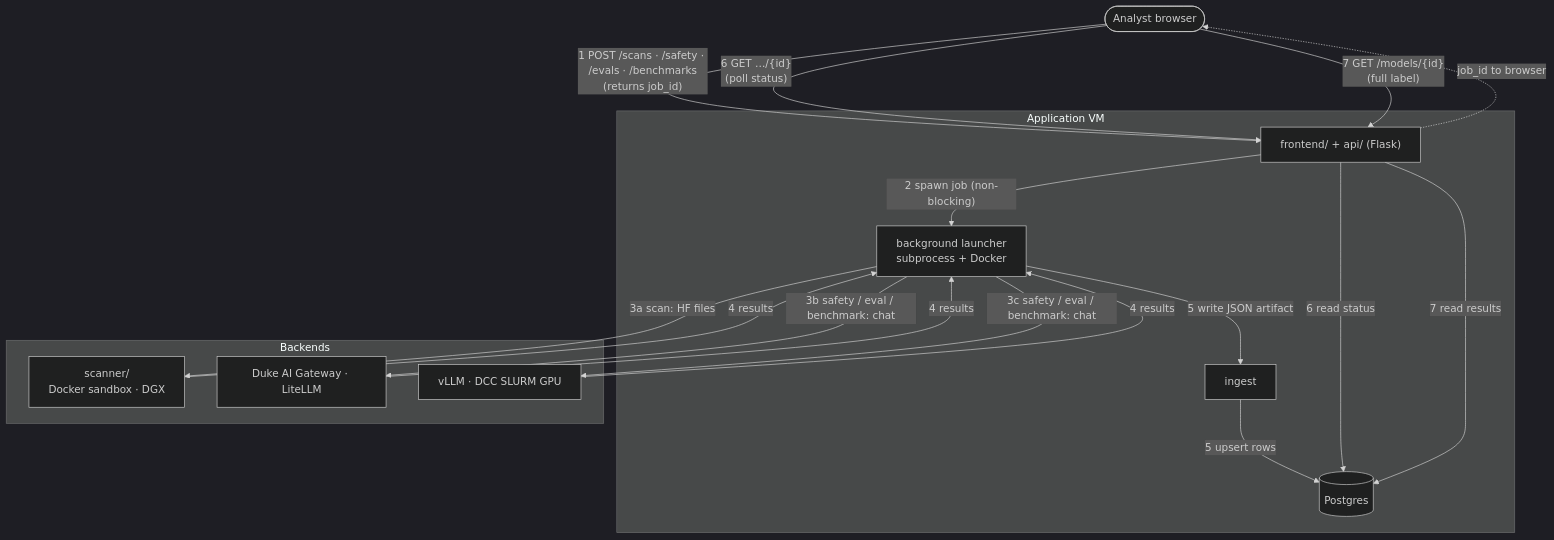
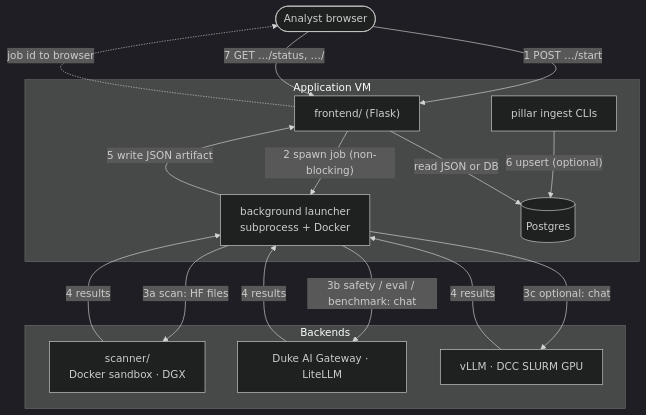
One commit to evelindsayyy/security-and-qa-for-ai-models changed the diagram in docs/architecture.md. Above: the diagram before and after it, drawn with Mermaid (dark theme). The commit also changed other lines of this file and 17 other files, not shown here.

Commit message:
Add benchmarks/db persistence and api.ingest for all pillars

````diff
--- a/docs/architecture.md
+++ b/docs/architecture.md
@@ -22,31 +26,29 @@
 ```mermaid
 flowchart TB
   A([Analyst browser])
 
   subgraph VM["Application VM"]
-    FE["frontend/ + api/ (Flask)"]
+    FE["frontend/ (Flask)"]
     LAUNCH["background launcher<br/>subprocess + Docker"]
-    ING["ingest"]
+    ING["pillar ingest CLIs"]
     DB[("Postgres")]
   end
 
   subgraph BK["Backends"]
     SC["scanner/<br/>Docker sandbox · DGX"]
     GW["Duke AI Gateway · LiteLLM"]
     DC["vLLM · DCC SLURM GPU"]
   end
 
-  A -->|"1 POST /scans · /safety · /evals · /benchmarks<br/>(returns job_id)"| FE
+  A -->|"1 POST …/start"| FE
   FE -->|"2 spawn job (non-blocking)"| LAUNCH
-  FE -.->|"job_id to browser"| A
+  FE -.->|"job id to browser"| A
   LAUNCH -->|"3a scan: HF files"| SC
   LAUNCH -->|"3b safety / eval / benchmark: chat"| GW
-  LAUNCH -->|"3c safety / eval / benchmark: chat"| DC
+  LAUNCH -->|"3c optional: chat"| DC
   SC & GW & DC -->|"4 results"| LAUNCH
-  LAUNCH -->|"5 write JSON artifact"| ING
-  ING -->|"5 upsert rows"| DB
-  A -->|"6 GET …/{id}<br/>(poll status)"| FE
-  FE -->|"6 read status"| DB
-  A -->|"7 GET /models/{id}<br/>(full label)"| FE
-  FE -->|"7 read results"| DB
+  LAUNCH -->|"5 write JSON artifact"| FE
+  ING -->|"6 upsert (optional)"| DB
+  A -->|"7 GET …/status, …/<slug>"| FE
+  FE -->|"read JSON or DB"| DB
 ```
````
